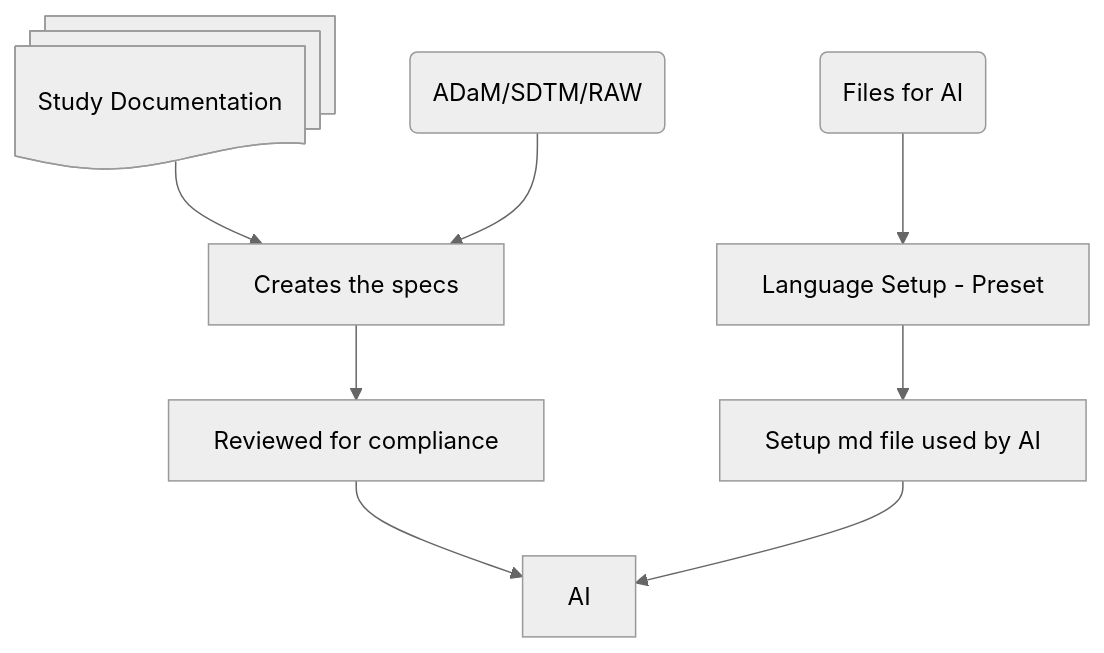
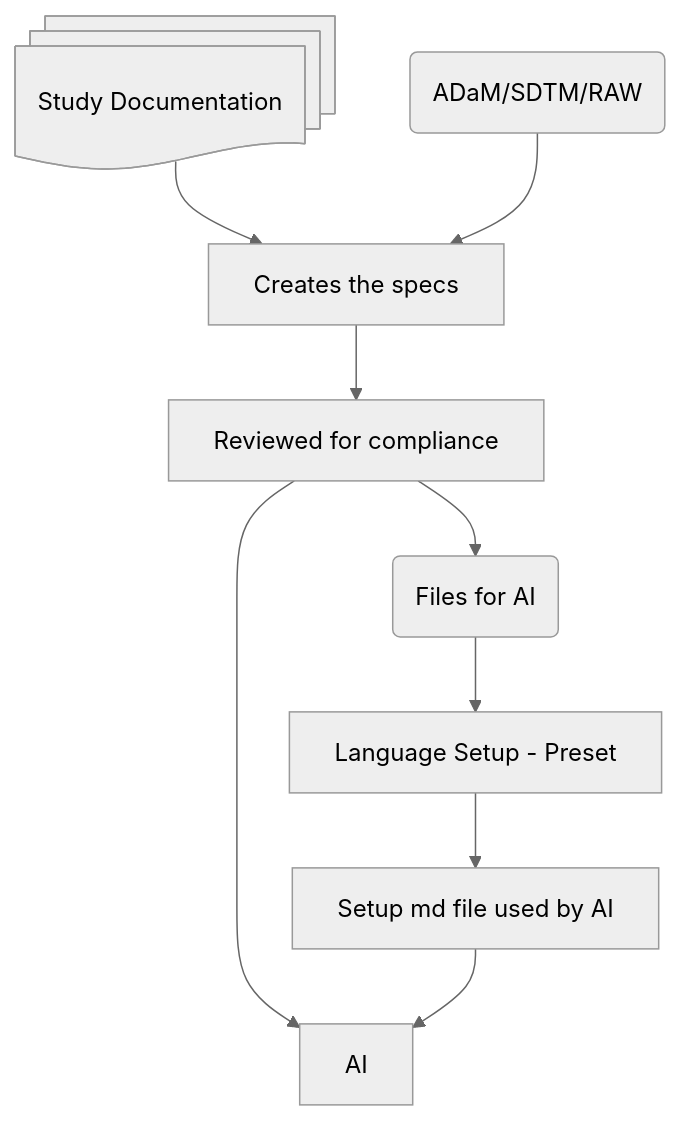
One commit to astampedcarton/aiGL changed the diagram in Details.md. Above: the diagram before and after it, drawn with Mermaid (neutral theme).

Commit message:
Fix diagram syntax in Details.md

````diff
--- a/Details.md
+++ b/Details.md
@@ -7,13 +7,13 @@
 ```mermaid
 flowchart TD
   a@{ shape: docs, label: "Study Documentation"}
   b@{ shape: docs, label: "AI Files"}
 
   data@{ shape: cyl, label: "Database" }
   a-->H1[Creates the specs]
   data(ADaM/SDTM/RAW)-->H1 -->b[Reviewed for compliance]-->c[AI]
   
-  b1(Files for AI)-->L1[Language Setup - Preset]-->f1[Setup md file used by AI]
+  b-->b1(Files for AI)-->L1[Language Setup - Preset]-->f1[Setup md file used by AI]
   f1-->c
 
 ```
````
